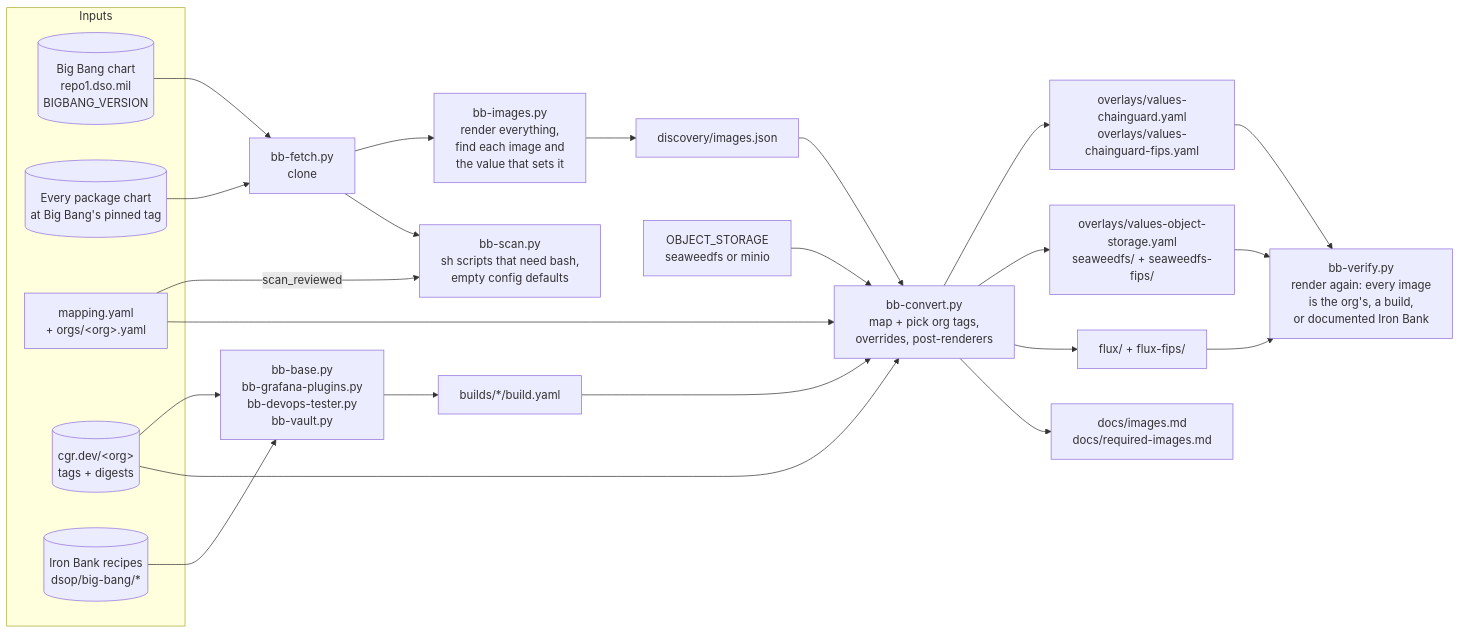
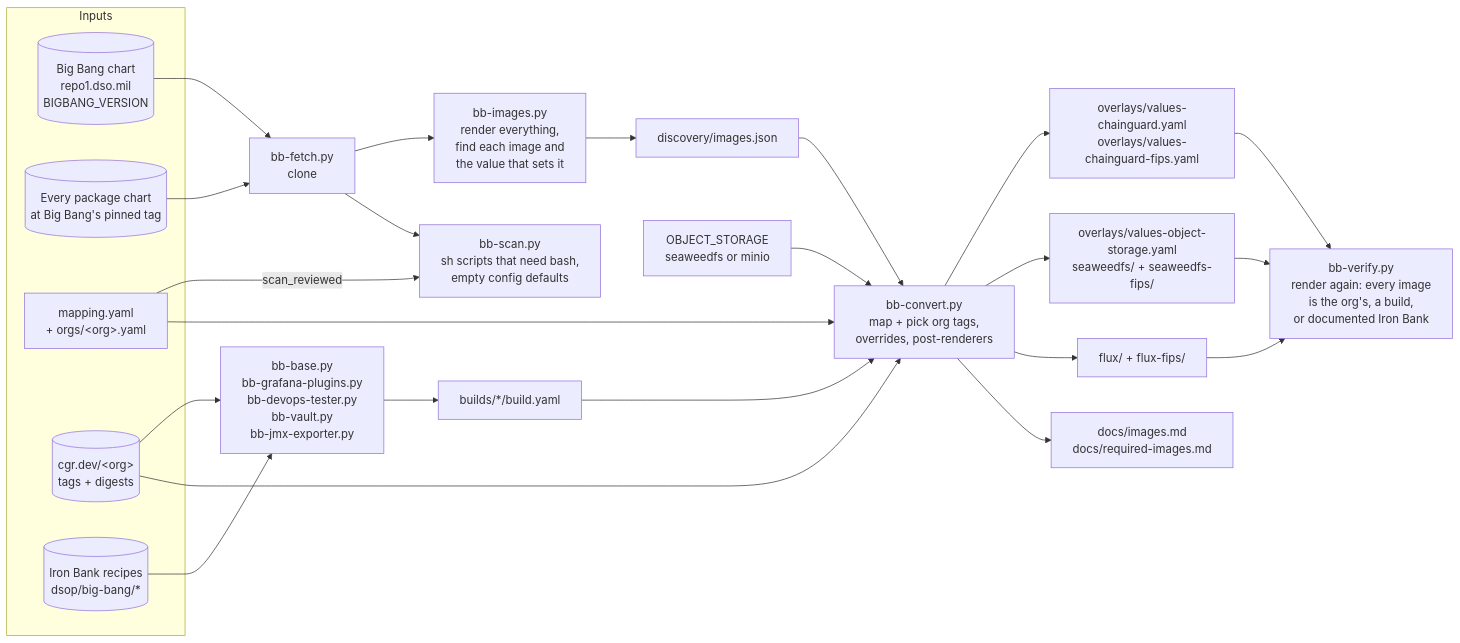
The first of 9 diagrams in docs/architecture.md (Zapata-Technology/bigbang-chainguard), drawn with Mermaid before and after one commit. The commit also changed other lines of this file and 14 other files, not shown here.

First line of the commit message:
Build SonarQube's JMX exporter FROM the org's busybox instead of Iron Bank

````diff
--- a/docs/architecture.md
+++ b/docs/architecture.md
@@ -10,36 +10,36 @@
 ```mermaid
 flowchart LR
     subgraph inputs[Inputs]
         BB[(Big Bang chart<br/>repo1.dso.mil<br/>BIGBANG_VERSION)]
         PK[(Every package chart<br/>at Big Bang's pinned tag)]
         MAP[mapping.yaml<br/>+ orgs/&lt;org&gt;.yaml]
         ORG[(cgr.dev/&lt;org&gt;<br/>tags + digests)]
         IB[(Iron Bank recipes<br/>dsop/big-bang/*)]
     end
 
     BB --> F[bb-fetch.py<br/>clone]
     PK --> F
     F --> D[bb-images.py<br/>render everything,<br/>find each image and<br/>the value that sets it]
     D --> DJ[discovery/images.json]
 
-    IB --> BLD[bb-base.py<br/>bb-grafana-plugins.py<br/>bb-devops-tester.py<br/>bb-vault.py]
+    IB --> BLD[bb-base.py<br/>bb-grafana-plugins.py<br/>bb-devops-tester.py<br/>bb-vault.py<br/>bb-jmx-exporter.py]
     ORG --> BLD
     BLD --> BY[builds/*/build.yaml]
 
     F --> SC[bb-scan.py<br/>sh scripts that need bash,<br/>empty config defaults]
     MAP -- scan_reviewed --> SC
 
     DJ --> C[bb-convert.py<br/>map + pick org tags,<br/>overrides, post-renderers]
     MAP --> C
     ORG --> C
     BY --> C
     OS[OBJECT_STORAGE<br/>seaweedfs or minio] --> C
     C --> OV[overlays/values-chainguard.yaml<br/>overlays/values-chainguard-fips.yaml]
     C --> OSO[overlays/values-object-storage.yaml<br/>seaweedfs/ + seaweedfs-fips/]
     C --> FX[flux/ + flux-fips/]
     C --> DOC[docs/images.md<br/>docs/required-images.md]
 
     OV --> V[bb-verify.py<br/>render again: every image<br/>is the org's, a build,<br/>or documented Iron Bank]
     OSO --> V
     FX --> V
 ```
````
